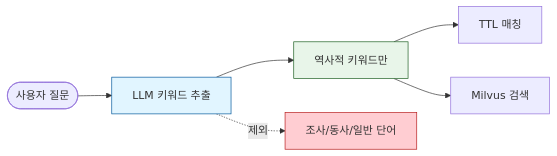
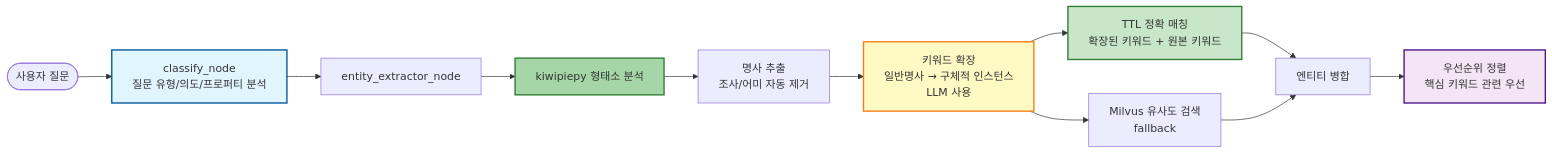
One commit to SKNETWORKS-FAMILY-AICAMP/SKN18-FINAL-3TEAM changed the third of 5 diagrams in backend/ontology_langgraph_structure/docs/README.md. Above: the diagram before and after it, drawn with Mermaid. The commit also changed other lines of this file and 15 other files, not shown here.

````diff
--- a/backend/ontology_langgraph_structure/docs/README.md
+++ b/backend/ontology_langgraph_structure/docs/README.md
@@ -750,13 +997,24 @@
 ```mermaid
 graph LR
-    Query([사용자 질문]) --> LLM[LLM 키워드 추출]
-    LLM --> Historical[역사적 키워드만]
-    LLM -.->|제외| Stopwords[조사/동사/일반 단어]
+    Query([사용자 질문]) --> Classify[classify_node<br/>질문 유형/의도/프로퍼티 분석]
 
-    Historical --> TTL[TTL 매칭]
-    Historical --> Milvus[Milvus 검색]
+    Classify --> EntityExtractor[entity_extractor_node]
+    EntityExtractor --> Kiwi[kiwipiepy 형태소 분석]
+    Kiwi --> Nouns[명사 추출<br/>조사/어미 자동 제거]
 
-    style LLM fill:#e1f5ff,stroke:#01579b
-    style Historical fill:#e8f5e9,stroke:#1b5e20
-    style Stopwords fill:#ffcdd2,stroke:#b71c1c
+    Nouns --> Expand[키워드 확장<br/>일반명사 → 구체적 인스턴스<br/>LLM 사용]
+
+    Expand --> TTLMatch[TTL 정확 매칭<br/>확장된 키워드 + 원본 키워드]
+    Expand --> MilvusSearch[Milvus 유사도 검색<br/>fallback]
+
+    TTLMatch --> Entities[엔티티 병합]
+    MilvusSearch --> Entities
+
+    Entities --> Priority[우선순위 정렬<br/>핵심 키워드 관련 우선]
+
+    style Kiwi fill:#a5d6a7,stroke:#2e7d32,stroke-width:2px
+    style Classify fill:#e1f5ff,stroke:#01579b,stroke-width:2px
+    style Expand fill:#fff9c4,stroke:#f57f17,stroke-width:2px
+    style TTLMatch fill:#c8e6c9,stroke:#2e7d32,stroke-width:2px
+    style Priority fill:#f3e5f5,stroke:#4a148c,stroke-width:2px
 ```
````
